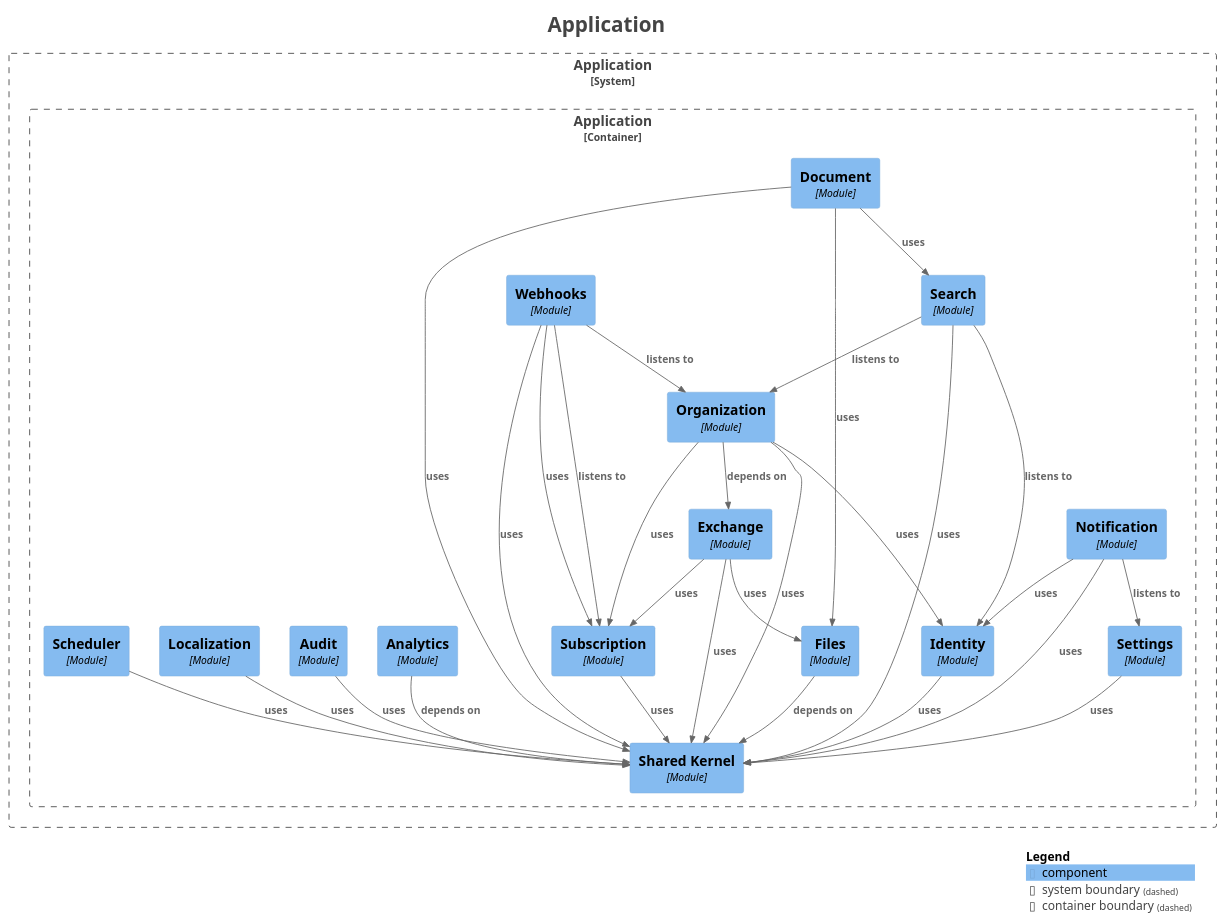
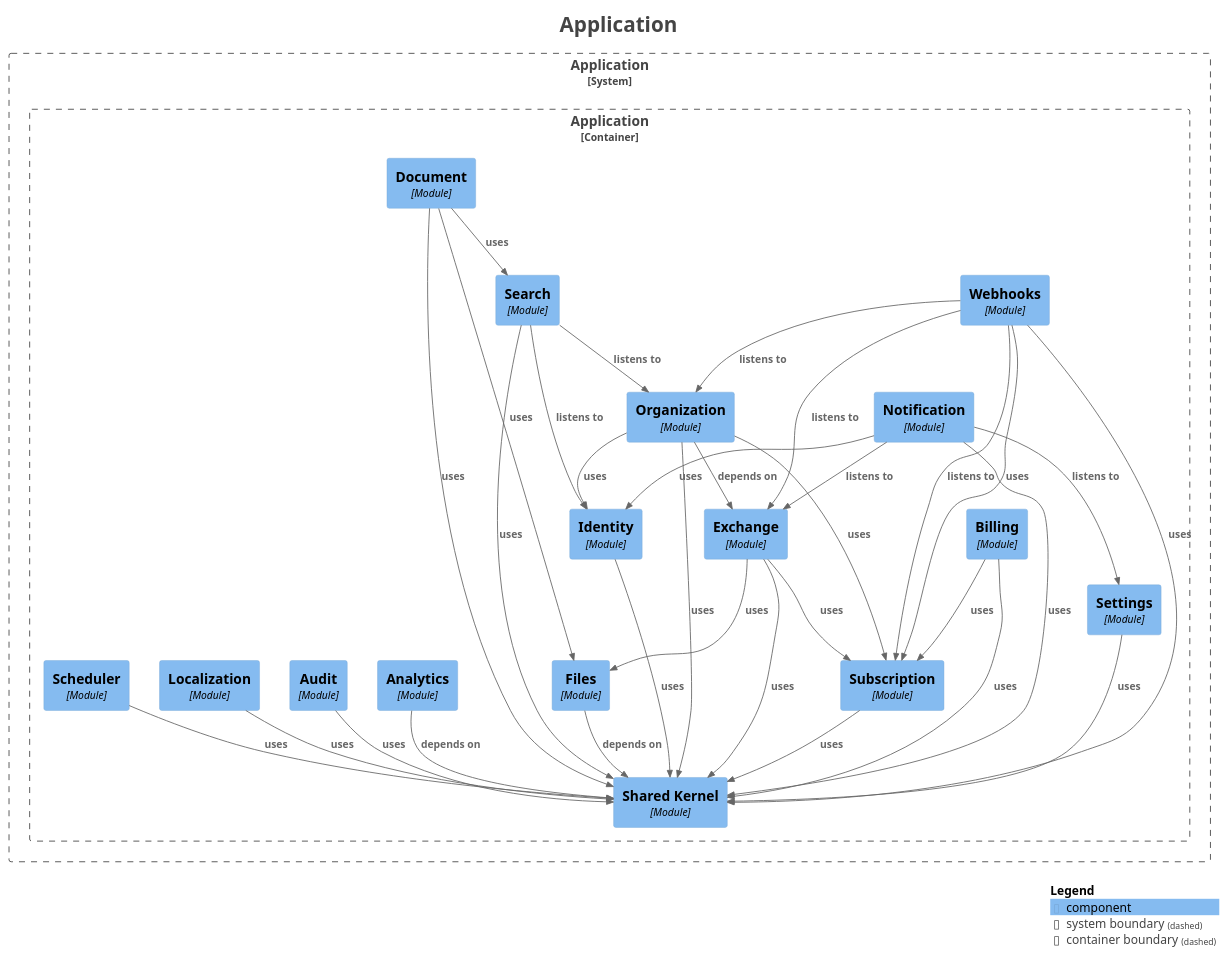
The diagram in docs/modulith/components.puml (Paul-Ayesiga/enterprise-modulith-template), drawn with PlantUML before and after one commit. The commit also changed 72 other files, not shown here.

```diff
--- a/docs/modulith/components.puml
+++ b/docs/modulith/components.puml
@@ -1,70 +1,75 @@
 @startuml
 title <size:24>Application</size>
 
 set separator none
 top to bottom direction
 
 <style>
   root {
     BackgroundColor: #ffffff
     FontColor: #444444
   }
 </style>
 
 !include <C4/C4>
 !include <C4/C4_Context>
 !include <C4/C4_Component>
 
 System_Boundary("Application_boundary", "Application", $tags="") {
   Container_Boundary("Application.Application_boundary", "Application", $tags="") {
     Component(Application.Application.Settings, "Settings", $techn="Module", $descr="", $tags="", $link="")
     Component(Application.Application.Subscription, "Subscription", $techn="Module", $descr="", $tags="", $link="")
+    Component(Application.Application.Billing, "Billing", $techn="Module", $descr="", $tags="", $link="")
     Component(Application.Application.Exchange, "Exchange", $techn="Module", $descr="", $tags="", $link="")
     Component(Application.Application.Notification, "Notification", $techn="Module", $descr="", $tags="", $link="")
     Component(Application.Application.Organization, "Organization", $techn="Module", $descr="", $tags="", $link="")
     Component(Application.Application.Search, "Search", $techn="Module", $descr="", $tags="", $link="")
     Component(Application.Application.Webhooks, "Webhooks", $techn="Module", $descr="", $tags="", $link="")
     Component(Application.Application.Document, "Document", $techn="Module", $descr="", $tags="", $link="")
     Component(Application.Application.SharedKernel, "Shared Kernel", $techn="Module", $descr="", $tags="", $link="")
     Component(Application.Application.Analytics, "Analytics", $techn="Module", $descr="", $tags="", $link="")
     Component(Application.Application.Audit, "Audit", $techn="Module", $descr="", $tags="", $link="")
     Component(Application.Application.Files, "Files", $techn="Module", $descr="", $tags="", $link="")
     Component(Application.Application.Identity, "Identity", $techn="Module", $descr="", $tags="", $link="")
     Component(Application.Application.Localization, "Localization", $techn="Module", $descr="", $tags="", $link="")
     Component(Application.Application.Scheduler, "Scheduler", $techn="Module", $descr="", $tags="", $link="")
   }
 
 }
 
-Rel(Application.Application.Localization, Application.Application.SharedKernel, "uses", $techn="", $tags="", $link="")
-Rel(Application.Application.Analytics, Application.Application.SharedKernel, "depends on", $techn="", $tags="", $link="")
-Rel(Application.Application.Settings, Application.Application.SharedKernel, "uses", $techn="", $tags="", $link="")
-Rel(Application.Application.Exchange, Application.Application.Files, "uses", $techn="", $tags="", $link="")
-Rel(Application.Application.Exchange, Application.Application.SharedKernel, "uses", $techn="", $tags="", $link="")
-Rel(Application.Application.Exchange, Application.Application.Subscription, "uses", $techn="", $tags="", $link="")
-Rel(Application.Application.Document, Application.Application.Files, "uses", $techn="", $tags="", $link="")
-Rel(Application.Application.Document, Application.Application.Search, "uses", $techn="", $tags="", $link="")
-Rel(Application.Application.Document, Application.Application.SharedKernel, "uses", $techn="", $tags="", $link="")
 Rel(Application.Application.Audit, Application.Application.SharedKernel, "uses", $techn="", $tags="", $link="")
 Rel(Application.Application.Organization, Application.Application.Exchange, "depends on", $techn="", $tags="", $link="")
 Rel(Application.Application.Organization, Application.Application.Identity, "uses", $techn="", $tags="", $link="")
 Rel(Application.Application.Organization, Application.Application.SharedKernel, "uses", $techn="", $tags="", $link="")
 Rel(Application.Application.Organization, Application.Application.Subscription, "uses", $techn="", $tags="", $link="")
-Rel(Application.Application.Search, Application.Application.Organization, "listens to", $techn="", $tags="", $link="")
-Rel(Application.Application.Search, Application.Application.Identity, "listens to", $techn="", $tags="", $link="")
-Rel(Application.Application.Search, Application.Application.SharedKernel, "uses", $techn="", $tags="", $link="")
-Rel(Application.Application.Identity, Application.Application.SharedKernel, "uses", $techn="", $tags="", $link="")
 Rel(Application.Application.Files, Application.Application.SharedKernel, "depends on", $techn="", $tags="", $link="")
+Rel(Application.Application.Subscription, Application.Application.SharedKernel, "uses", $techn="", $tags="", $link="")
 Rel(Application.Application.Webhooks, Application.Application.Organization, "listens to", $techn="", $tags="", $link="")
+Rel(Application.Application.Webhooks, Application.Application.Exchange, "listens to", $techn="", $tags="", $link="")
 Rel(Application.Application.Webhooks, Application.Application.Subscription, "listens to", $techn="", $tags="", $link="")
 Rel(Application.Application.Webhooks, Application.Application.SharedKernel, "uses", $techn="", $tags="", $link="")
 Rel(Application.Application.Webhooks, Application.Application.Subscription, "uses", $techn="", $tags="", $link="")
+Rel(Application.Application.Search, Application.Application.Identity, "listens to", $techn="", $tags="", $link="")
+Rel(Application.Application.Search, Application.Application.Organization, "listens to", $techn="", $tags="", $link="")
+Rel(Application.Application.Search, Application.Application.SharedKernel, "uses", $techn="", $tags="", $link="")
+Rel(Application.Application.Settings, Application.Application.SharedKernel, "uses", $techn="", $tags="", $link="")
+Rel(Application.Application.Exchange, Application.Application.Files, "uses", $techn="", $tags="", $link="")
+Rel(Application.Application.Exchange, Application.Application.SharedKernel, "uses", $techn="", $tags="", $link="")
+Rel(Application.Application.Exchange, Application.Application.Subscription, "uses", $techn="", $tags="", $link="")
+Rel(Application.Application.Localization, Application.Application.SharedKernel, "uses", $techn="", $tags="", $link="")
 Rel(Application.Application.Scheduler, Application.Application.SharedKernel, "uses", $techn="", $tags="", $link="")
-Rel(Application.Application.Subscription, Application.Application.SharedKernel, "uses", $techn="", $tags="", $link="")
+Rel(Application.Application.Billing, Application.Application.Subscription, "uses", $techn="", $tags="", $link="")
+Rel(Application.Application.Billing, Application.Application.SharedKernel, "uses", $techn="", $tags="", $link="")
+Rel(Application.Application.Analytics, Application.Application.SharedKernel, "depends on", $techn="", $tags="", $link="")
+Rel(Application.Application.Document, Application.Application.Files, "uses", $techn="", $tags="", $link="")
+Rel(Application.Application.Document, Application.Application.Search, "uses", $techn="", $tags="", $link="")
+Rel(Application.Application.Document, Application.Application.SharedKernel, "uses", $techn="", $tags="", $link="")
+Rel(Application.Application.Identity, Application.Application.SharedKernel, "uses", $techn="", $tags="", $link="")
+Rel(Application.Application.Notification, Application.Application.Exchange, "listens to", $techn="", $tags="", $link="")
 Rel(Application.Application.Notification, Application.Application.Settings, "listens to", $techn="", $tags="", $link="")
 Rel(Application.Application.Notification, Application.Application.SharedKernel, "uses", $techn="", $tags="", $link="")
 Rel(Application.Application.Notification, Application.Application.Identity, "uses", $techn="", $tags="", $link="")
 
 SHOW_LEGEND(true)
 hide stereotypes
 @enduml
```
